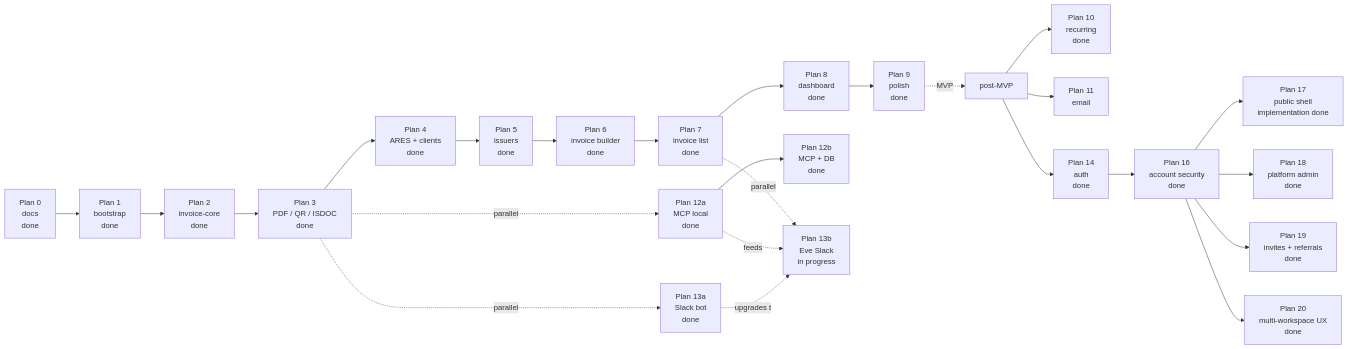
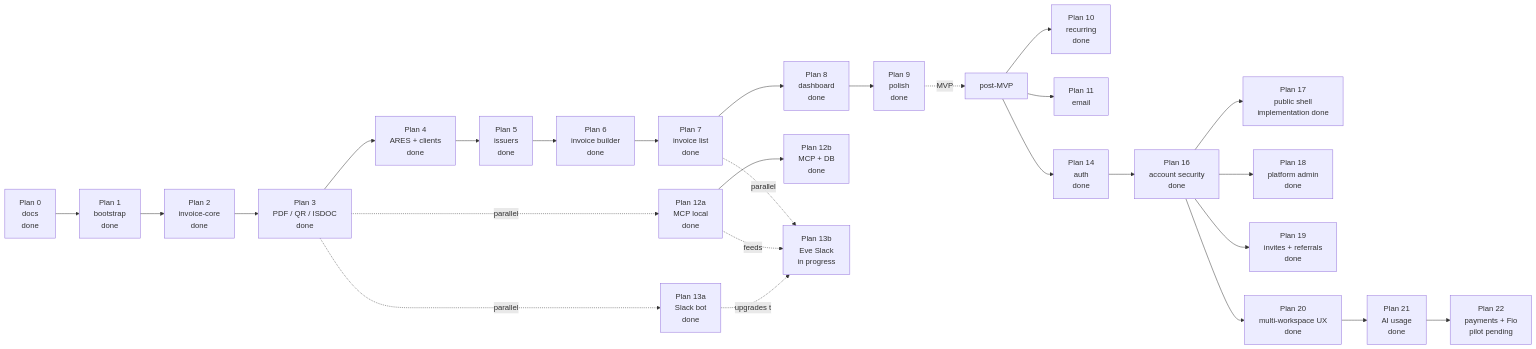
One commit to filipditrich/inveoiceyai changed the diagram in docs/roadmap.md. Above: the diagram before and after it, drawn with Mermaid. The commit also changed other lines of this file and 54 other files, not shown here.

````diff
--- a/docs/roadmap.md
+++ b/docs/roadmap.md
@@ -7,27 +7,29 @@
 ```mermaid
 flowchart LR
     P0["Plan 0<br/>docs<br/>done"] --> P1["Plan 1<br/>bootstrap<br/>done"]
     P1 --> P2["Plan 2<br/>invoice-core<br/>done"]
     P2 --> P3["Plan 3<br/>PDF / QR / ISDOC<br/>done"]
     P3 --> P4["Plan 4<br/>ARES + clients<br/>done"]
     P4 --> P5["Plan 5<br/>issuers<br/>done"]
     P5 --> P6["Plan 6<br/>invoice builder<br/>done"]
     P6 --> P7["Plan 7<br/>invoice list<br/>done"]
     P7 --> P8["Plan 8<br/>dashboard<br/>done"]
     P8 --> P9["Plan 9<br/>polish<br/>done"]
     P3 -.parallel.-> P13a["Plan 13a<br/>Slack bot<br/>done"]
     P3 -.parallel.-> P12a["Plan 12a<br/>MCP local<br/>done"]
     P9 -.MVP.-> Post["post-MVP"]
     Post --> P10["Plan 10<br/>recurring<br/>done"]
     Post --> P11["Plan 11<br/>email"]
     P12a --> P12b["Plan 12b<br/>MCP + DB<br/>done"]
     P7 -.parallel.-> P13b["Plan 13b<br/>Eve Slack<br/>in progress"]
     Post --> P14["Plan 14<br/>auth<br/>done"]
     P14 --> P16["Plan 16<br/>account security<br/>done"]
     P16 --> P17["Plan 17<br/>public shell<br/>implementation done"]
     P16 --> P18["Plan 18<br/>platform admin<br/>done"]
     P16 --> P19["Plan 19<br/>invites + referrals<br/>done"]
     P16 --> P20["Plan 20<br/>multi-workspace UX<br/>done"]
+    P20 --> P21["Plan 21<br/>AI usage<br/>done"]
+    P21 --> P22["Plan 22<br/>payments + Fio<br/>pilot pending"]
     P12a -.feeds.-> P13b
     P13a -.upgrades to.-> P13b
 ```
````
